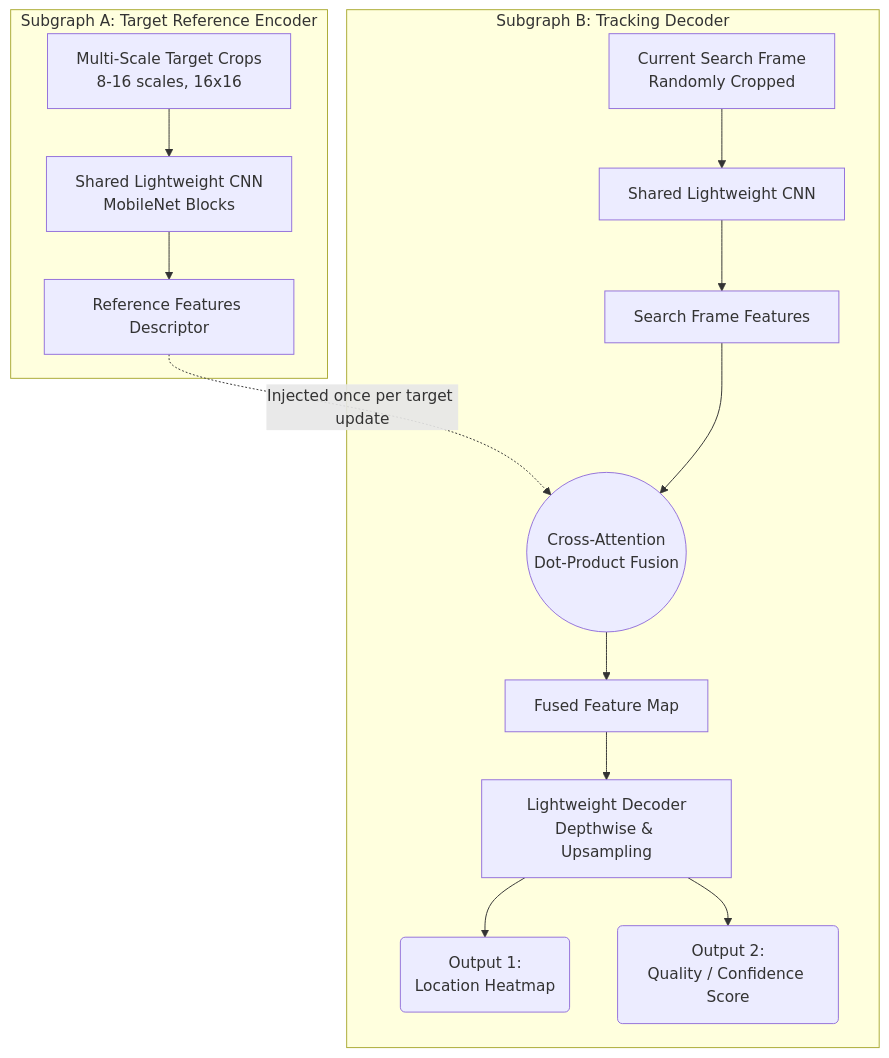
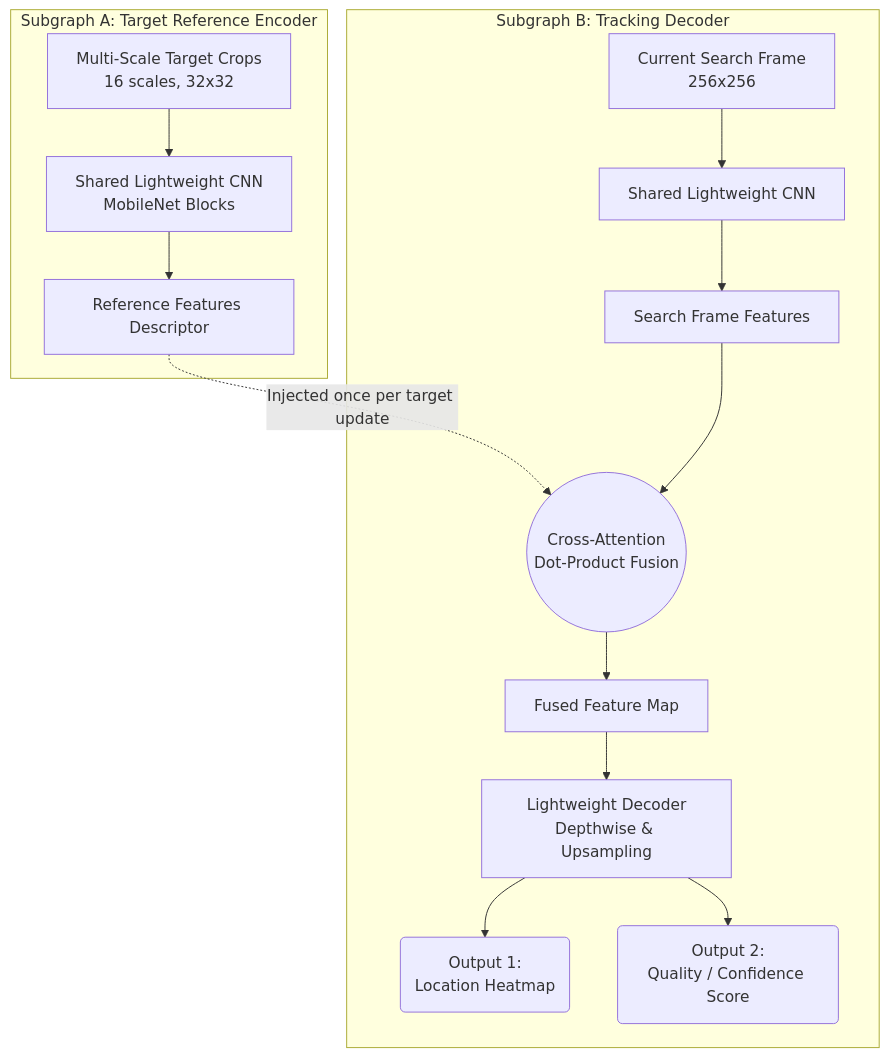
One commit to elazarkin82/smart_rahfan changed the diagram in training/tracker/tracker_ver4/README.md. Above: the diagram before and after it, drawn with Mermaid. The commit also changed other lines of this file and 6 other files, not shown here.

````diff
--- a/training/tracker/tracker_ver4/README.md
+++ b/training/tracker/tracker_ver4/README.md
@@ -18,22 +25,22 @@
-   ```mermaid
-   graph TD
-       subgraph Subgraph A: Target Reference Encoder
-           A1[Multi-Scale Target Crops<br>8-16 scales, 16x16] --> B1[Shared Lightweight CNN<br>MobileNet Blocks]
-           B1 --> C1[Reference Features Descriptor]
-       end
+```mermaid
+graph TD
+    subgraph Subgraph A: Target Reference Encoder
+        A1[Multi-Scale Target Crops<br>16 scales, 32x32] --> B1[Shared Lightweight CNN<br>MobileNet Blocks]
+        B1 --> C1[Reference Features Descriptor]
+    end
 
-       subgraph Subgraph B: Tracking Decoder
-           D1[Current Search Frame<br>Randomly Cropped] --> E1[Shared Lightweight CNN]
-           E1 --> F1[Search Frame Features]
-           
-           C1 -.->|Injected once per target update| G1
-           F1 --> G1((Cross-Attention<br>Dot-Product Fusion))
-           
-           G1 --> H1[Fused Feature Map]
-           
-           H1 --> I1[Lightweight Decoder<br>Depthwise & Upsampling]
-           
-           I1 --> J1(Output 1:<br>Location Heatmap)
-           I1 --> K1(Output 2:<br>Quality / Confidence Score)
-       end
-   ```
+    subgraph Subgraph B: Tracking Decoder
+        D1[Current Search Frame<br>256x256] --> E1[Shared Lightweight CNN]
+        E1 --> F1[Search Frame Features]
+        
+        C1 -.->|Injected once per target update| G1
+        F1 --> G1((Cross-Attention<br>Dot-Product Fusion))
+        
+        G1 --> H1[Fused Feature Map]
+        
+        H1 --> I1[Lightweight Decoder<br>Depthwise & Upsampling]
+        
+        I1 --> J1(Output 1:<br>Location Heatmap)
+        I1 --> K1(Output 2:<br>Quality / Confidence Score)
+    end
+```
````
